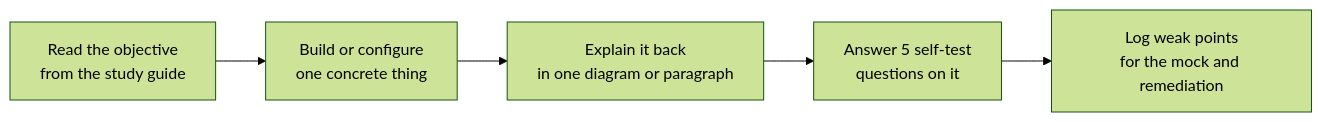
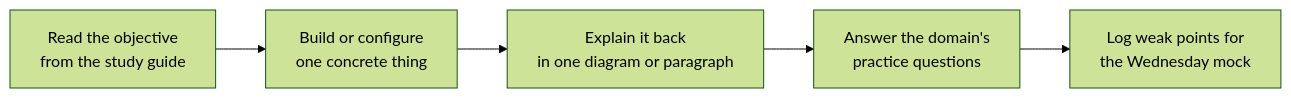
One commit to carolinemutua/learnings changed the second of 2 diagrams in gh-600-agentic-ai-developer/plan.md. Above: the diagram before and after it, drawn with Mermaid (forest theme). The commit also changed other lines of this file and 4 other files, not shown here.

````diff
--- a/gh-600-agentic-ai-developer/plan.md
+++ b/gh-600-agentic-ai-developer/plan.md
@@ -62,7 +84,7 @@
 ```mermaid
 flowchart LR
     R["Read the objective<br/>from the study guide"] --> B["Build or configure<br/>one concrete thing"]
     B --> E["Explain it back<br/>in one diagram or paragraph"]
-    E --> Q["Answer 5 self-test<br/>questions on it"]
-    Q --> L["Log weak points<br/>for the mock and remediation"]
+    E --> Q["Answer the domain's<br/>practice questions"]
+    Q --> L["Log weak points for<br/>the Wednesday mock"]
 ```
````
